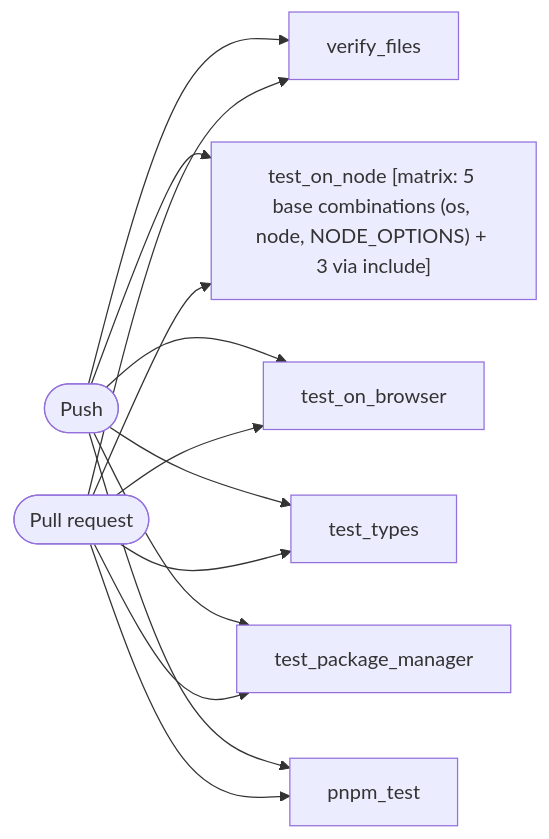
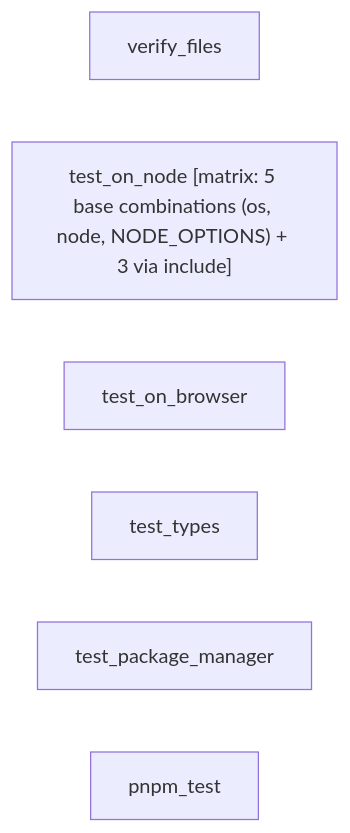
The diagram in tests/golden/eslint_ci.md (bhagatshivam/what-is-my-pipeline-doing), drawn with Mermaid before and after one commit. The commit also changed other lines of this file and 27 other files, not shown here.

````diff
--- a/tests/golden/eslint_ci.md
+++ b/tests/golden/eslint_ci.md
@@ -61,23 +69,9 @@
 ```mermaid
 flowchart LR
-    trigger_0(["Push"])
-    trigger_1(["Pull request"])
     verify_files["verify_files"]
     test_on_node["test_on_node [matrix: 5 base combinations (os, node, NODE_OPTIONS) + 3 via include]"]
     test_on_browser["test_on_browser"]
     test_types["test_types"]
     test_package_manager["test_package_manager"]
     pnpm_test["pnpm_test"]
-    trigger_0 --> verify_files
-    trigger_0 --> test_on_node
-    trigger_0 --> test_on_browser
-    trigger_0 --> test_types
-    trigger_0 --> test_package_manager
-    trigger_0 --> pnpm_test
-    trigger_1 --> verify_files
-    trigger_1 --> test_on_node
-    trigger_1 --> test_on_browser
-    trigger_1 --> test_types
-    trigger_1 --> test_package_manager
-    trigger_1 --> pnpm_test
 ```
````
